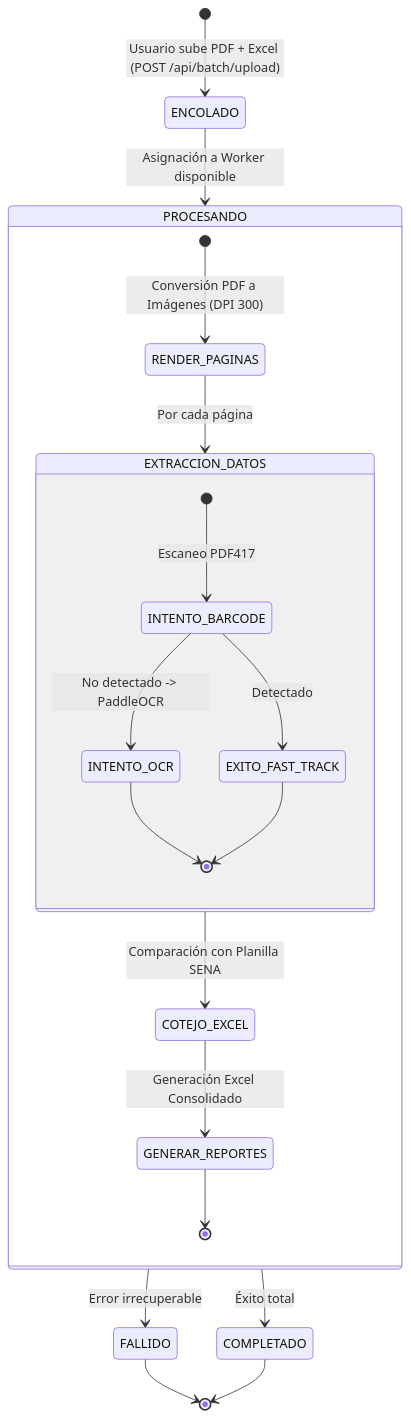
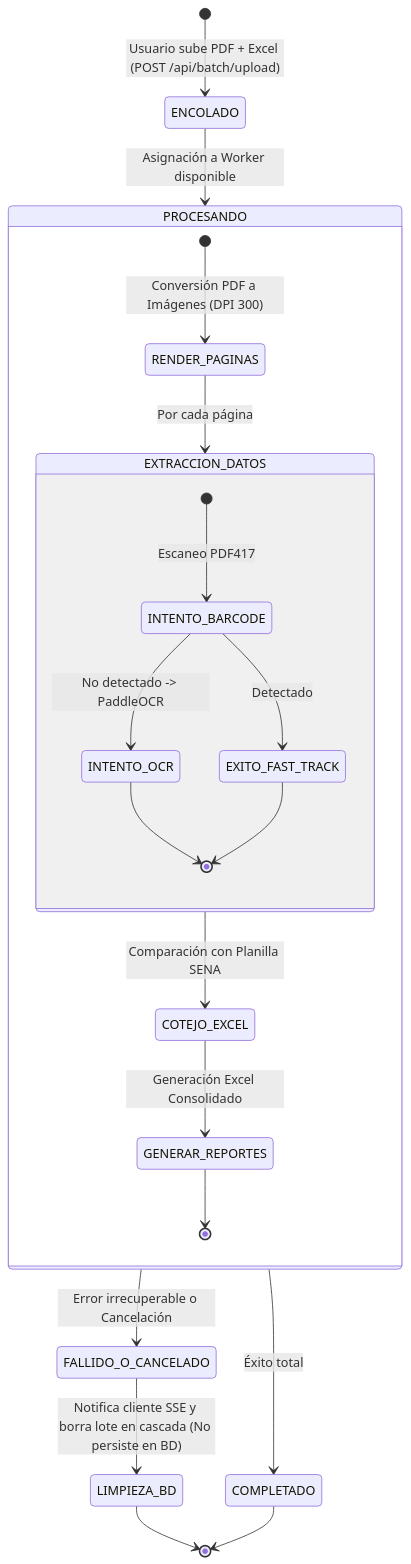
The diagram in Docs/modulos/05_cola_procesamiento.md (DF-VeraP/ocr), drawn with Mermaid before and after one commit. The commit also changed other lines of this file and 17 other files, not shown here.

````diff
--- a/Docs/modulos/05_cola_procesamiento.md
+++ b/Docs/modulos/05_cola_procesamiento.md
@@ -19,25 +19,26 @@
 ```mermaid
 stateDiagram-v2
     [*] --> ENCOLADO: Usuario sube PDF + Excel (POST /api/batch/upload)
     ENCOLADO --> PROCESANDO: Asignación a Worker disponible
     
     state PROCESANDO {
         [*] --> RENDER_PAGINAS: Conversión PDF a Imágenes (DPI 300)
         RENDER_PAGINAS --> EXTRACCION_DATOS: Por cada página
         state EXTRACCION_DATOS {
             [*] --> INTENTO_BARCODE: Escaneo PDF417
             INTENTO_BARCODE --> EXITO_FAST_TRACK: Detectado
             INTENTO_BARCODE --> INTENTO_OCR: No detectado -> PaddleOCR
             INTENTO_OCR --> [*]
             EXITO_FAST_TRACK --> [*]
         }
         EXTRACCION_DATOS --> COTEJO_EXCEL: Comparación con Planilla SENA
         COTEJO_EXCEL --> GENERAR_REPORTES: Generación Excel Consolidado
         GENERAR_REPORTES --> [*]
     }
 
     PROCESANDO --> COMPLETADO: Éxito total
-    PROCESANDO --> FALLIDO: Error irrecuperable
-    FALLIDO --> [*]
+    PROCESANDO --> FALLIDO_O_CANCELADO: Error irrecuperable o Cancelación
+    FALLIDO_O_CANCELADO --> LIMPIEZA_BD: Notifica cliente SSE y borra lote en cascada (No persiste en BD)
+    LIMPIEZA_BD --> [*]
     COMPLETADO --> [*]
 ```
````
